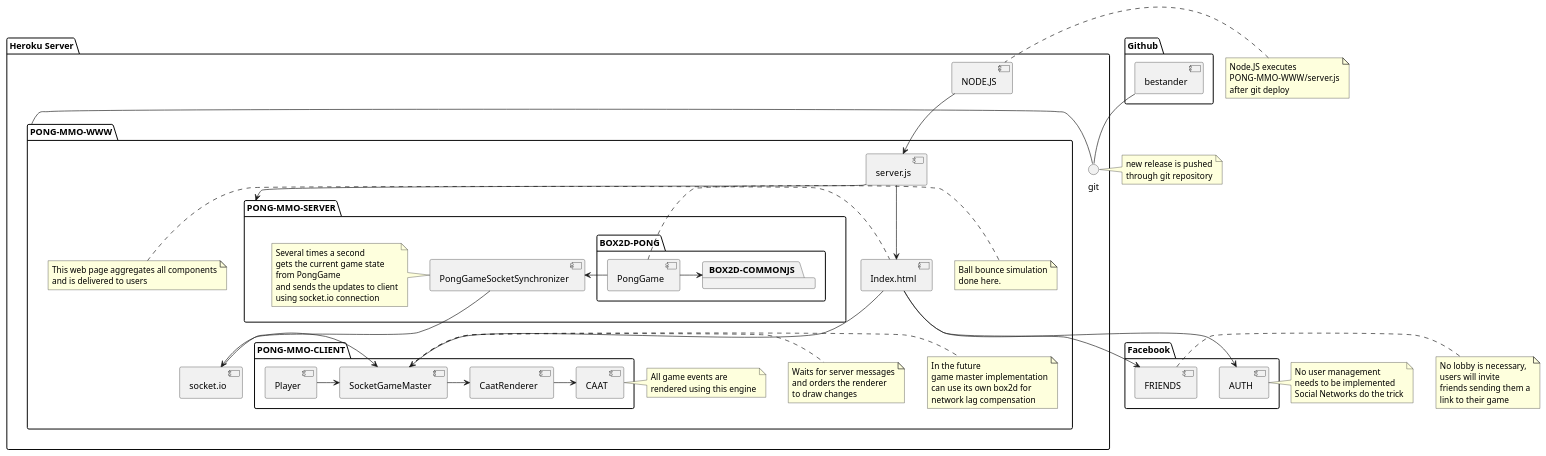
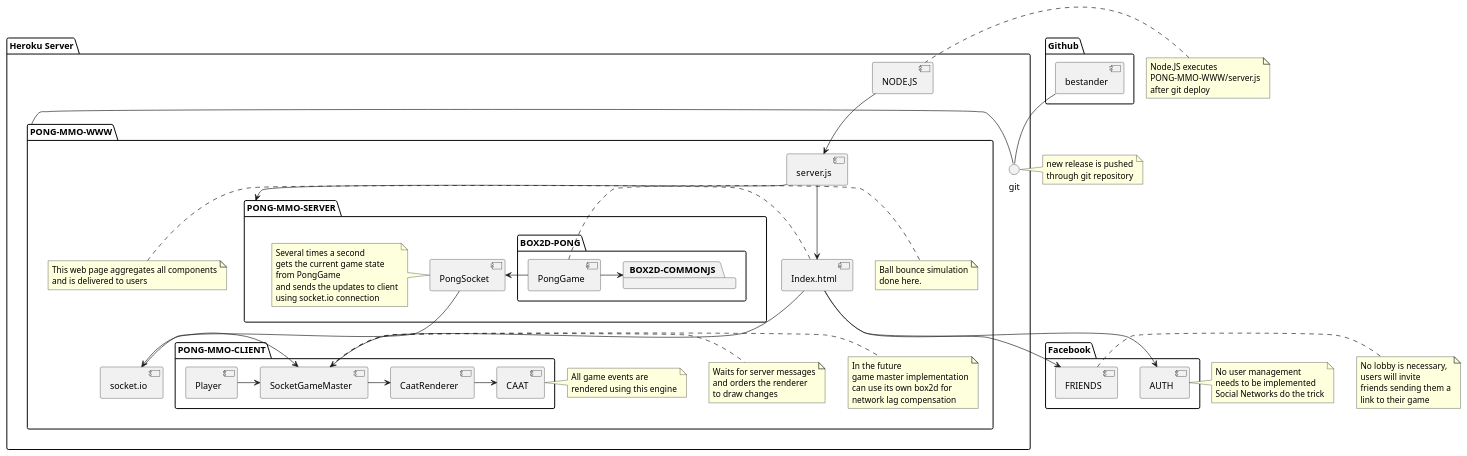
Before and after one commit to bestander/pong-mmo-www: the diagram in documentation/pong-all-components.puml, drawn with PlantUML. The commit also changed 8 other files, not shown here.

```diff
--- a/documentation/pong-all-components.puml
+++ b/documentation/pong-all-components.puml
@@ -1,127 +1,127 @@
 @startuml
 
 package "Facebook" {
   [AUTH]
   [FRIENDS]
 }
 
 package "Github" {
   [bestander]
 }
 
 
 package "Heroku Server" {
 
   [bestander] -- git
   git - [PONG-MMO-WWW]
 
   package PONG-MMO-WWW {
     [Index.html] --> [AUTH]
     [Index.html] --> [FRIENDS]
     [socket.io]
     [server.js]
     [server.js] --> [PONG-MMO-SERVER]
 
 
     package PONG-MMO-SERVER {
 
       package BOX2D-PONG {
 
         [PongGame] -> [BOX2D-COMMONJS]
 
         package BOX2D-COMMONJS {
         }
 
       }
 
-      [PongGameSocketSynchronizer] -> [socket.io]
-      [PongGameSocketSynchronizer] <- [PongGame]
+      [PongSocket] -> [socket.io]
+      [PongSocket] <- [PongGame]
 
-      note left of [PongGameSocketSynchronizer]
+      note left of [PongSocket]
         Several times a second
         gets the current game state
         from PongGame
         and sends the updates to client
         using socket.io connection
       end note
 
 
     }
 
     package PONG-MMO-CLIENT {
       [CaatRenderer] -> [CAAT]
       [SocketGameMaster] <- [socket.io]
       [SocketGameMaster] -> [CaatRenderer]
       [Player] -> [SocketGameMaster]
     }
 
 
     [Index.html] --> [SocketGameMaster]
 
     note right of [PongGame]
       Ball bounce simulation
       done here.
     end note
 
     note right of [SocketGameMaster]
       In the future
       game master implementation
       can use its own box2d for
       network lag compensation
     end note
 
     note right of [SocketGameMaster]
       Waits for server messages
       and orders the renderer
       to draw changes
     end note
 
     note left of [CAAT]
       All game events are
       rendered using this engine
     end note
 
     note left of [Index.html]
       This web page aggregates all components
       and is delivered to users
     end note
 
 
   }
 
     [NODE.JS] --> [server.js]
     [server.js] --> [Index.html]
 
 }
 
 note left of git
   new release is pushed
   through git repository
 end note
 
 note right of [AUTH]
   No user management
   needs to be implemented
   Social Networks do the trick
 end note
 
 
 note right of [FRIENDS]
   No lobby is necessary,
   users will invite
   friends sending them a
   link to their game
 end note
 
 note left of [NODE.JS]
   Node.JS executes
   PONG-MMO-WWW/server.js
   after git deploy
 end note
 
 
 
 
 
 
 @enduml
```
